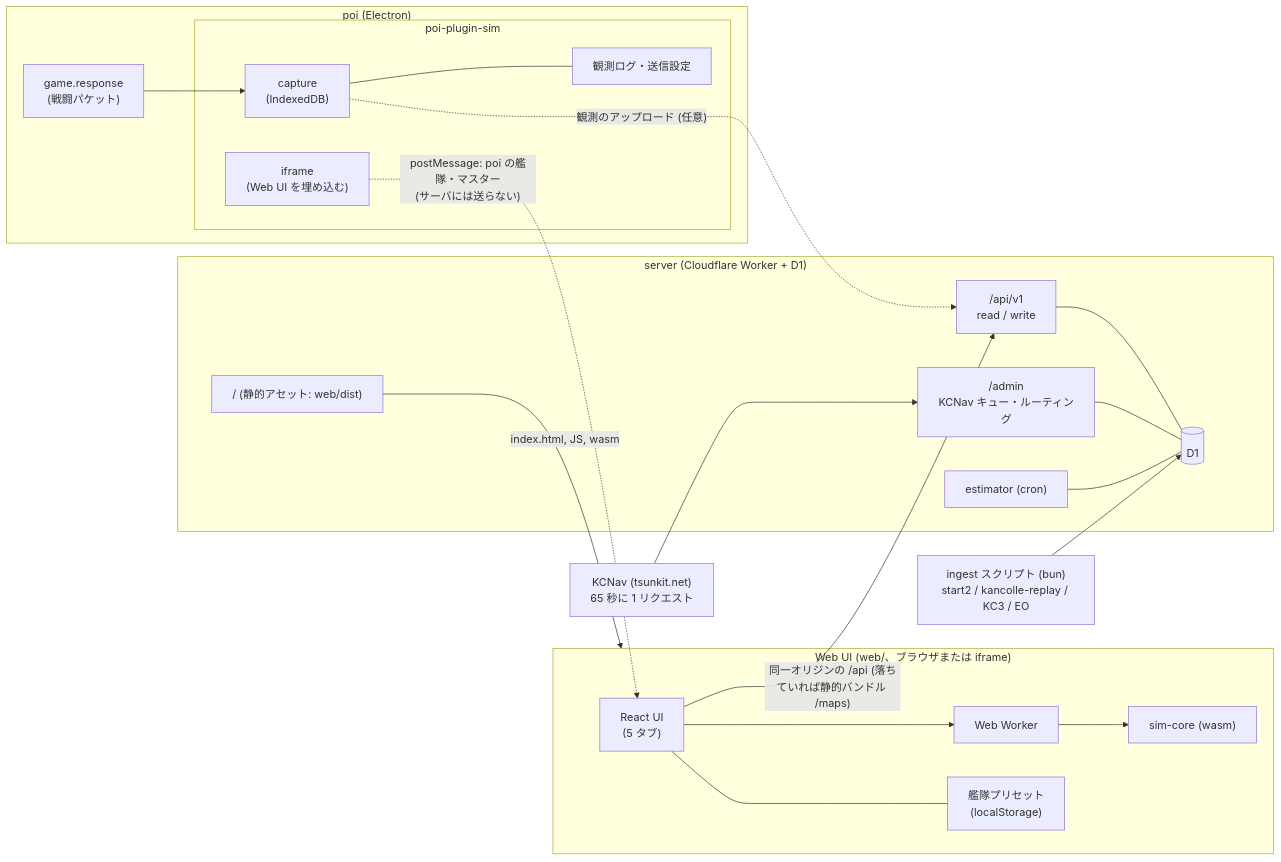
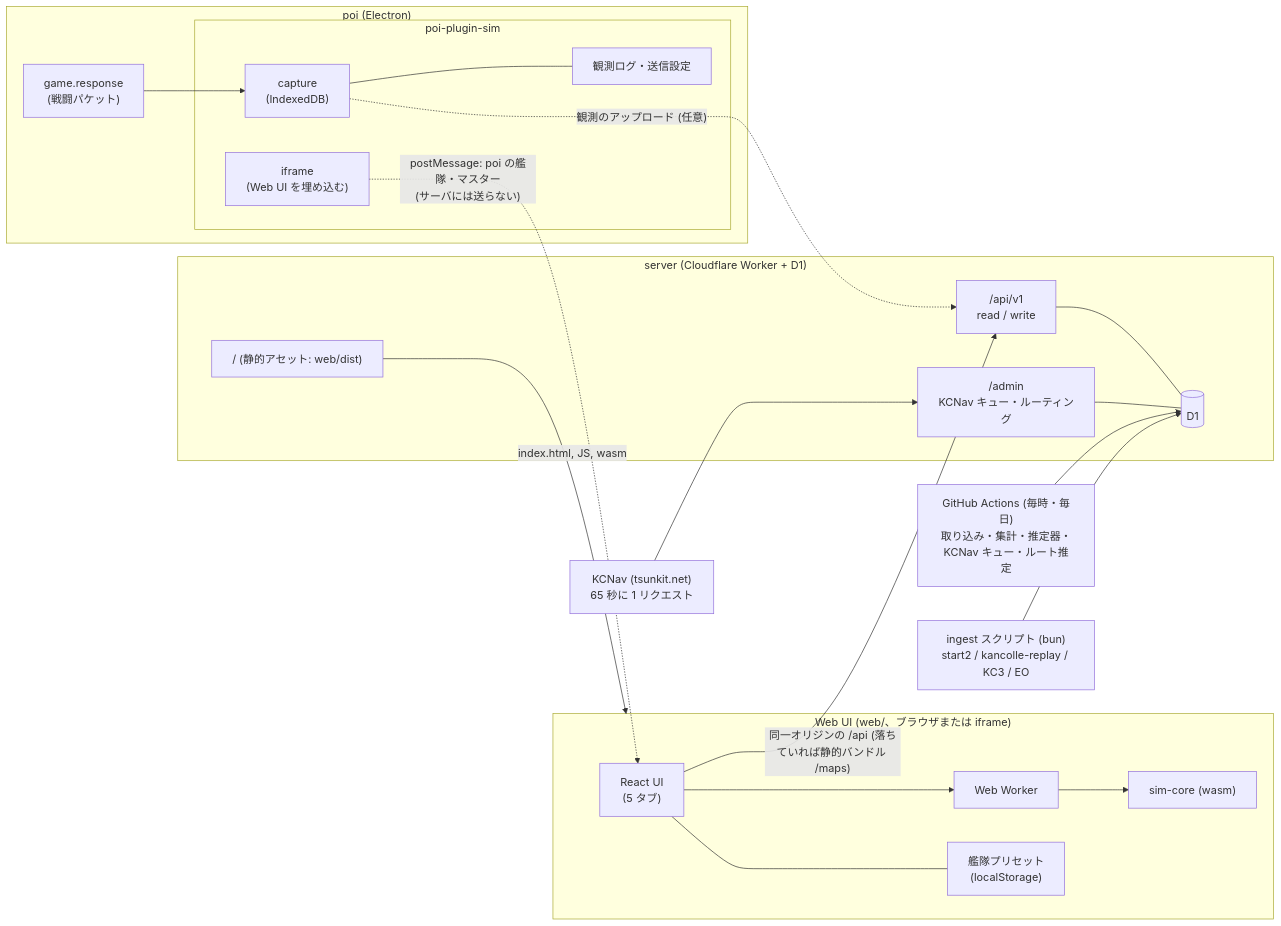
One commit to gitdmnt/kc-sim changed the diagram in README.md. Above: the diagram before and after it, drawn with Mermaid. The commit also changed 38 other files, not shown here.

Commit message:
feat(server): background jobs move from the worker cron to GitHub Actions (jobs, KCNav queue, daily routing inference + hand-rule check over the D1 HTTP API); API serves inferred routing for maps without hand rules with provenance

````diff
--- a/README.md
+++ b/README.md
@@ -26,37 +26,36 @@
 ```mermaid
 flowchart LR
   subgraph poi["poi (Electron)"]
     GR["game.response<br/>(戦闘パケット)"]
     subgraph plugin["poi-plugin-sim"]
       CAP["capture<br/>(IndexedDB)"]
       LOG["観測ログ・送信設定"]
       FRAME["iframe<br/>(Web UI を埋め込む)"]
     end
     GR --> CAP
     CAP --- LOG
   end
   subgraph browser["Web UI (web/、ブラウザまたは iframe)"]
     UI["React UI<br/>(5 タブ)"]
     WK["Web Worker"]
     WASM["sim-core (wasm)"]
     PRE["艦隊プリセット<br/>(localStorage)"]
     UI --> WK --> WASM
     UI --- PRE
   end
   FRAME -.->|"postMessage: poi の艦隊・マスター<br/>(サーバには送らない)"| UI
   subgraph dw["server (Cloudflare Worker + D1)"]
     ASSETS["/ (静的アセット: web/dist)"]
     API["/api/v1<br/>read / write"]
     ADM["/admin<br/>KCNav キュー・ルーティング"]
-    EST["estimator (cron)"]
     D1[("D1")]
     API --- D1
     ADM --- D1
-    EST --- D1
   end
+  GHA["GitHub Actions (毎時・毎日)<br/>取り込み・集計・推定器・KCNav キュー・ルート推定"] --> D1
   ASSETS -->|"index.html, JS, wasm"| browser
   UI -->|"同一オリジンの /api (落ちていれば静的バンドル /maps)"| API
   CAP -.->|"観測のアップロード (任意)"| API
   ING["ingest スクリプト (bun)<br/>start2 / kancolle-replay / KC3 / EO"] --> D1
   KC["KCNav (tsunkit.net)<br/>65 秒に 1 リクエスト"] --> ADM
 ```
````
